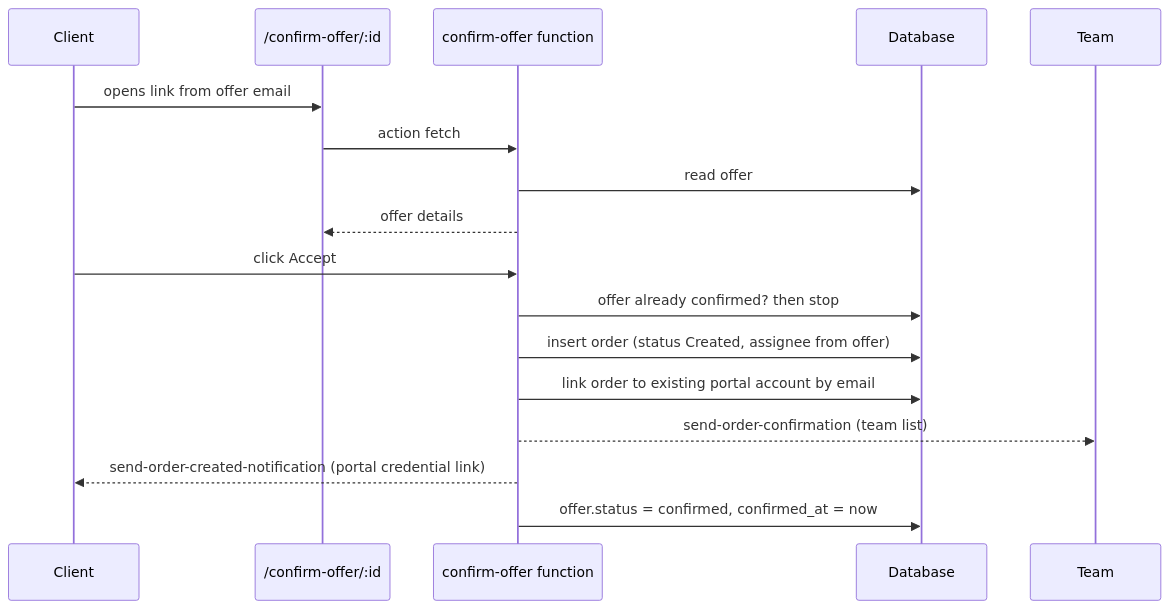
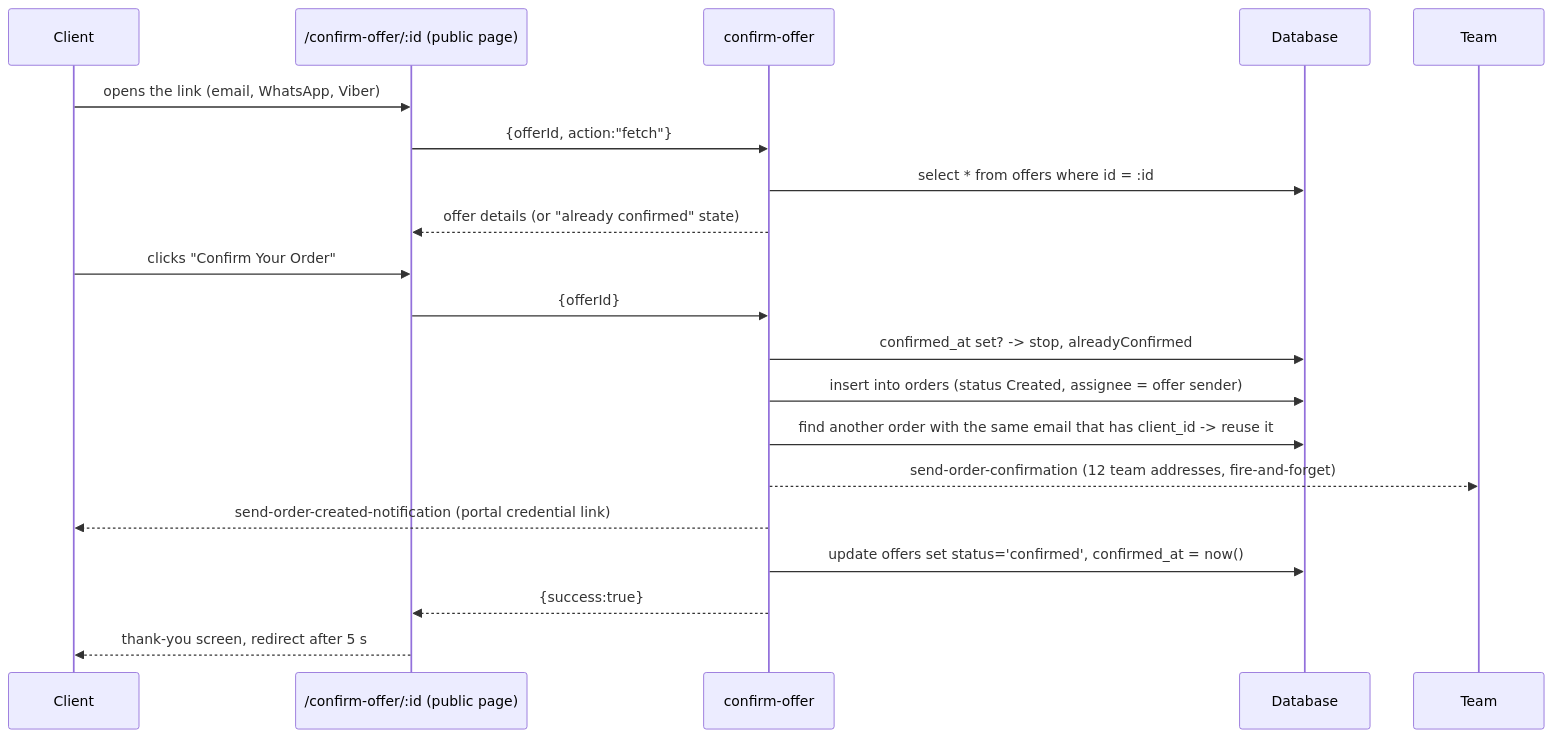
One commit to ElvisAhmetovic/compass-order-hub changed the second of 2 diagrams in SYSTEM_SPEC.md. Above: the diagram before and after it, drawn with Mermaid. The commit also changed other lines of this file, not shown here.

````diff
--- a/SYSTEM_SPEC.md
+++ b/SYSTEM_SPEC.md
@@ -115,20 +327,23 @@
 ```mermaid
 sequenceDiagram
   participant C as Client
-  participant P as /confirm-offer/:id
-  participant F as confirm-offer function
+  participant P as /confirm-offer/:id (public page)
+  participant F as confirm-offer
   participant DB as Database
   participant T as Team
 
-  C->>P: opens link from offer email
-  P->>F: action fetch
-  F->>DB: read offer
-  F-->>P: offer details
-  C->>F: click Accept
-  F->>DB: offer already confirmed? then stop
-  F->>DB: insert order (status Created, assignee from offer)
-  F->>DB: link order to existing portal account by email
-  F-->>T: send-order-confirmation (team list)
+  C->>P: opens the link (email, WhatsApp, Viber)
+  P->>F: {offerId, action:"fetch"}
+  F->>DB: select * from offers where id = :id
+  F-->>P: offer details (or "already confirmed" state)
+  C->>P: clicks "Confirm Your Order"
+  P->>F: {offerId}
+  F->>DB: confirmed_at set? -> stop, alreadyConfirmed
+  F->>DB: insert into orders (status Created, assignee = offer sender)
+  F->>DB: find another order with the same email that has client_id -> reuse it
+  F-->>T: send-order-confirmation (12 team addresses, fire-and-forget)
   F-->>C: send-order-created-notification (portal credential link)
-  F->>DB: offer.status = confirmed, confirmed_at = now
+  F->>DB: update offers set status='confirmed', confirmed_at = now()
+  F-->>P: {success:true}
+  P-->>C: thank-you screen, redirect after 5 s
 ```
````
